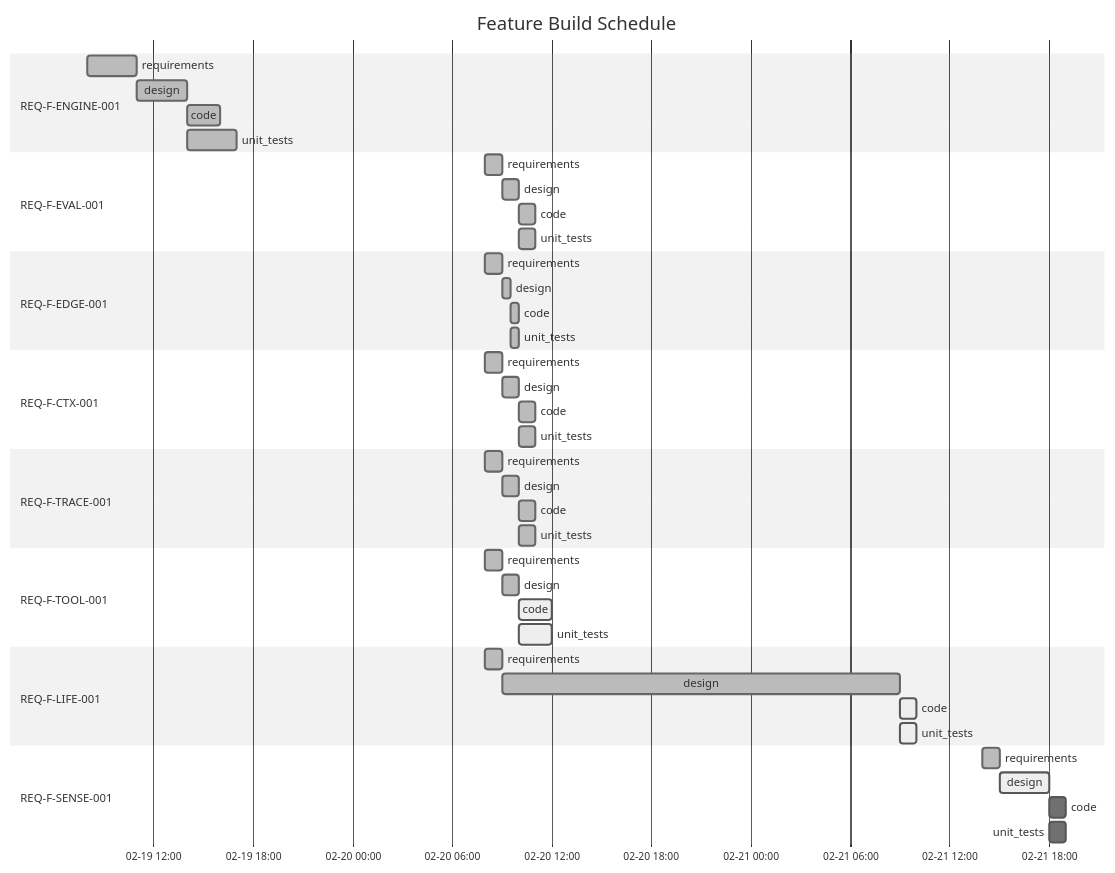
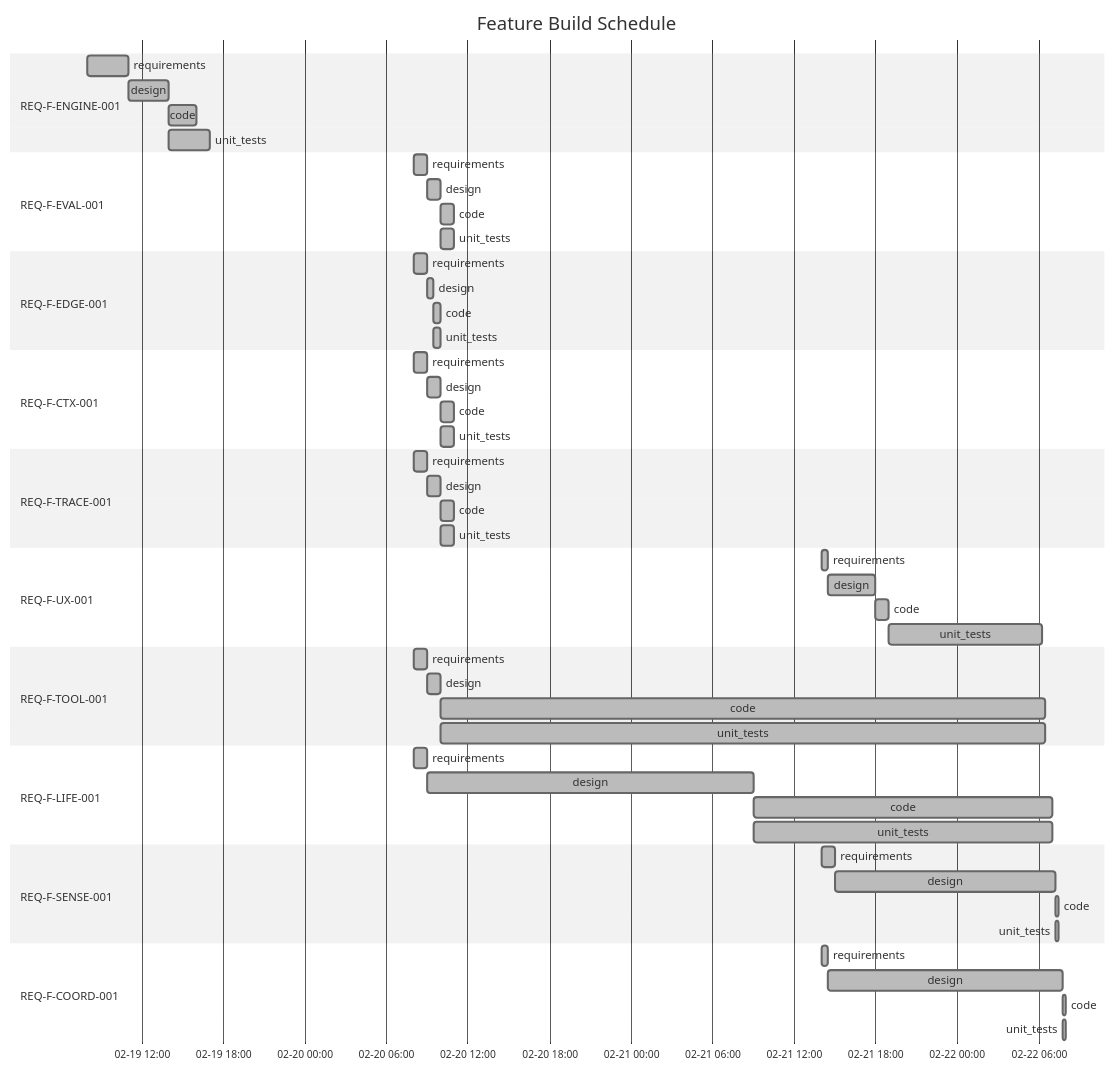
Before and after one commit to foolishimp/ai_sdlc_method: the diagram in .ai-workspace/STATUS.md, drawn with Mermaid (neutral theme). The commit also changed other lines of this file and 146 other files, not shown here.

````diff
--- a/.ai-workspace/STATUS.md
+++ b/.ai-workspace/STATUS.md
@@ -11,54 +11,66 @@
 ```mermaid
 gantt
     title Feature Build Schedule
     dateFormat YYYY-MM-DD HH:mm
     axisFormat %m-%d %H:%M
 
     section REQ-F-ENGINE-001
     requirements     :done,    eng-req, 2026-02-19 08:00, 2026-02-19 11:00
     design           :done,    eng-des, after eng-req, 2026-02-19 14:00
     code             :done,    eng-cod, after eng-des, 2026-02-19 16:00
     unit_tests       :done,    eng-tst, after eng-des, 2026-02-19 17:00
 
     section REQ-F-EVAL-001
     requirements     :done,    eval-req, 2026-02-20 08:00, 2026-02-20 09:00
     design           :done,    eval-des, after eval-req, 2026-02-20 10:00
     code             :done,    eval-cod, after eval-des, 2026-02-20 11:00
     unit_tests       :done,    eval-tst, after eval-des, 2026-02-20 11:00
 
     section REQ-F-EDGE-001
     requirements     :done,    edge-req, 2026-02-20 08:00, 2026-02-20 09:00
     design           :done,    edge-des, after edge-req, 2026-02-20 09:30
     code             :done,    edge-cod, after edge-des, 2026-02-20 10:00
     unit_tests       :done,    edge-tst, after edge-des, 2026-02-20 10:00
 
     section REQ-F-CTX-001
     requirements     :done,    ctx-req, 2026-02-20 08:00, 2026-02-20 09:00
     design           :done,    ctx-des, after ctx-req, 2026-02-20 10:00
     code             :done,    ctx-cod, after ctx-des, 2026-02-20 11:00
     unit_tests       :done,    ctx-tst, after ctx-des, 2026-02-20 11:00
 
     section REQ-F-TRACE-001
     requirements     :done,    trc-req, 2026-02-20 08:00, 2026-02-20 09:00
     design           :done,    trc-des, after trc-req, 2026-02-20 10:00
     code             :done,    trc-cod, after trc-des, 2026-02-20 11:00
     unit_tests       :done,    trc-tst, after trc-des, 2026-02-20 11:00
 
+    section REQ-F-UX-001
+    requirements     :done,    ux-req, 2026-02-21 14:00, 2026-02-21 14:30
+    design           :done,    ux-des, after ux-req, 2026-02-21 18:00
+    code             :done,    ux-cod, after ux-des, 2026-02-21 19:00
+    unit_tests       :done,    ux-tst, after ux-cod, 2026-02-22 06:15
+
     section REQ-F-TOOL-001
     requirements     :done,    tool-req, 2026-02-20 08:00, 2026-02-20 09:00
     design           :done,    tool-des, after tool-req, 2026-02-20 10:00
-    code             :active,  tool-cod, after tool-des, 2026-02-20 12:00
-    unit_tests       :active,  tool-tst, after tool-des, 2026-02-20 12:00
+    code             :done,    tool-cod, after tool-des, 2026-02-22 06:30
+    unit_tests       :done,    tool-tst, after tool-des, 2026-02-22 06:30
 
     section REQ-F-LIFE-001
     requirements     :done,    life-req, 2026-02-20 08:00, 2026-02-20 09:00
     design           :done,    life-des, after life-req, 2026-02-21 09:00
-    code             :active,  life-cod, after life-des, 2026-02-21 10:00
-    unit_tests       :active,  life-tst, after life-des, 2026-02-21 10:00
+    code             :done,    life-cod, after life-des, 2026-02-22 07:00
+    unit_tests       :done,    life-tst, after life-des, 2026-02-22 07:00
 
     section REQ-F-SENSE-001
     requirements     :done,    sns-req, 2026-02-21 14:00, 2026-02-21 15:00
-    design           :active,  sns-des, after sns-req, 2026-02-21 18:00
-    code             :         sns-cod, after sns-des, 60m
-    unit_tests       :         sns-tst, after sns-des, 60m
+    design           :done,    sns-des, after sns-req, 2026-02-22 07:15
+    code             :done,    sns-cod, after sns-des, 2026-02-22 07:30
+    unit_tests       :done,    sns-tst, after sns-des, 2026-02-22 07:30
+
+    section REQ-F-COORD-001
+    requirements     :done,    crd-req, 2026-02-21 14:00, 2026-02-21 14:30
+    design           :done,    crd-des, after crd-req, 2026-02-22 07:45
+    code             :done,    crd-cod, after crd-des, 2026-02-22 08:00
+    unit_tests       :done,    crd-tst, after crd-des, 2026-02-22 08:00
 ```
````
